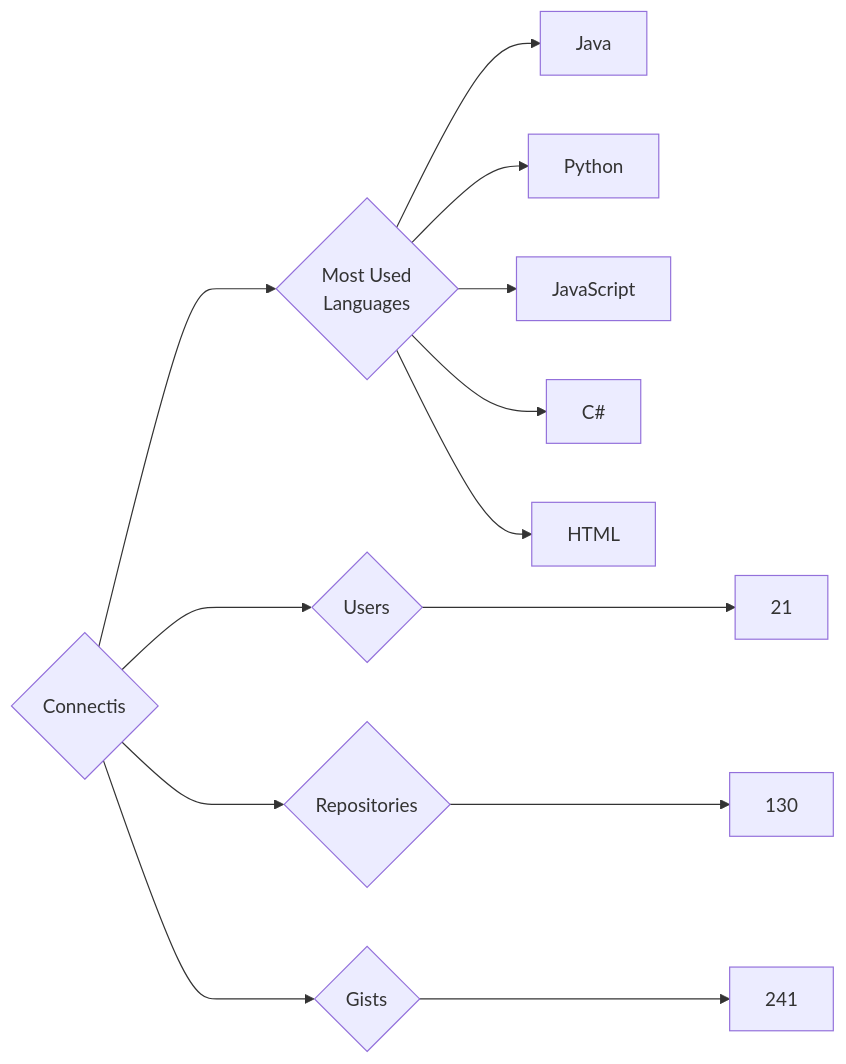
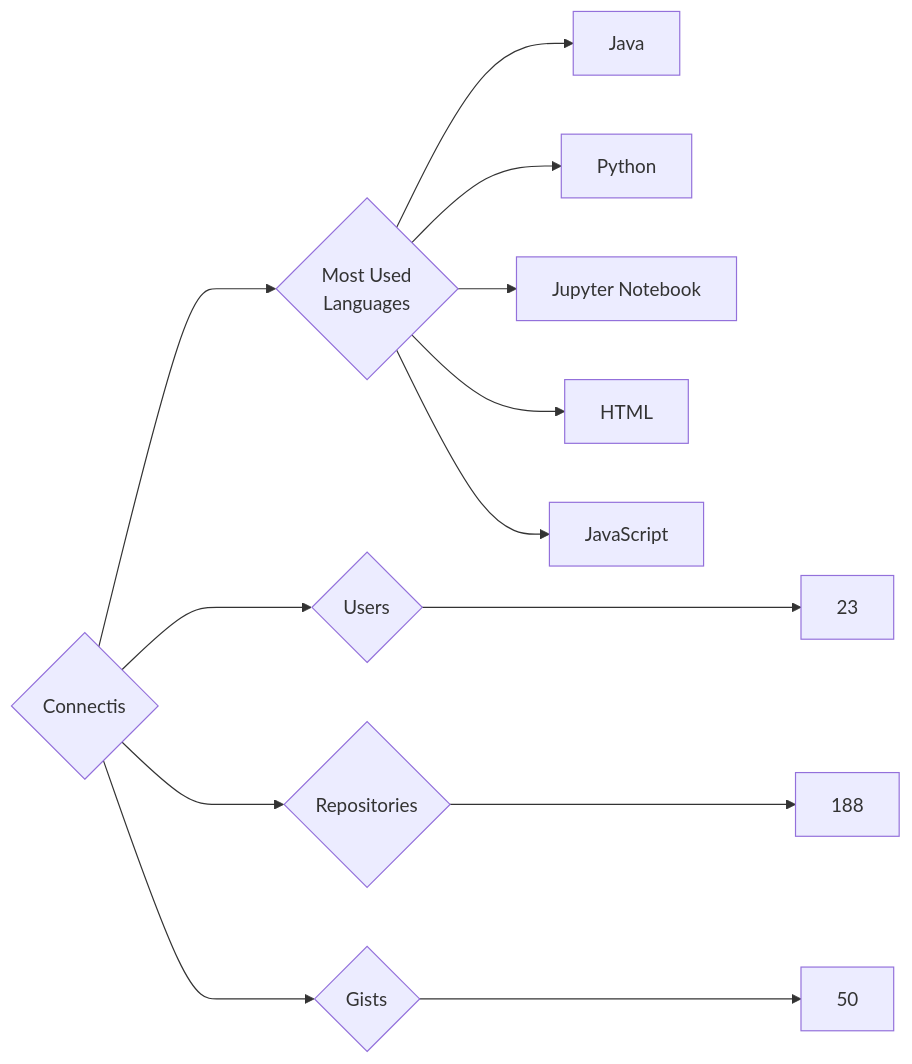
One commit to trickest/insiders changed the diagram in targets/Connectis/README.md. Above: the diagram before and after it, drawn with Mermaid. The commit also changed 736 other files, not shown here.

````diff
--- a/targets/Connectis/README.md
+++ b/targets/Connectis/README.md
@@ -3,13 +3,13 @@
 ```mermaid
 graph LR
 COMPANY_NAME{Connectis}
-COMPANY_NAME ---> U{Users} ---> UN[21]
-COMPANY_NAME ---> R{Repositories} ---> RN[130]
-COMPANY_NAME ---> G{Gists} ---> GN[241]
+COMPANY_NAME ---> U{Users} ---> UN[23]
+COMPANY_NAME ---> R{Repositories} ---> RN[188]
+COMPANY_NAME ---> G{Gists} ---> GN[50]
 COMPANY_NAME ---> ML{Most Used<br>Languages}
 ML --> Java[Java]
 ML --> Python[Python]
+ML --> Jupyter_Notebook[Jupyter Notebook]
+ML --> HTML[HTML]
 ML --> JavaScript[JavaScript]
-ML --> C#[C#]
-ML --> HTML[HTML]
 ```
````
